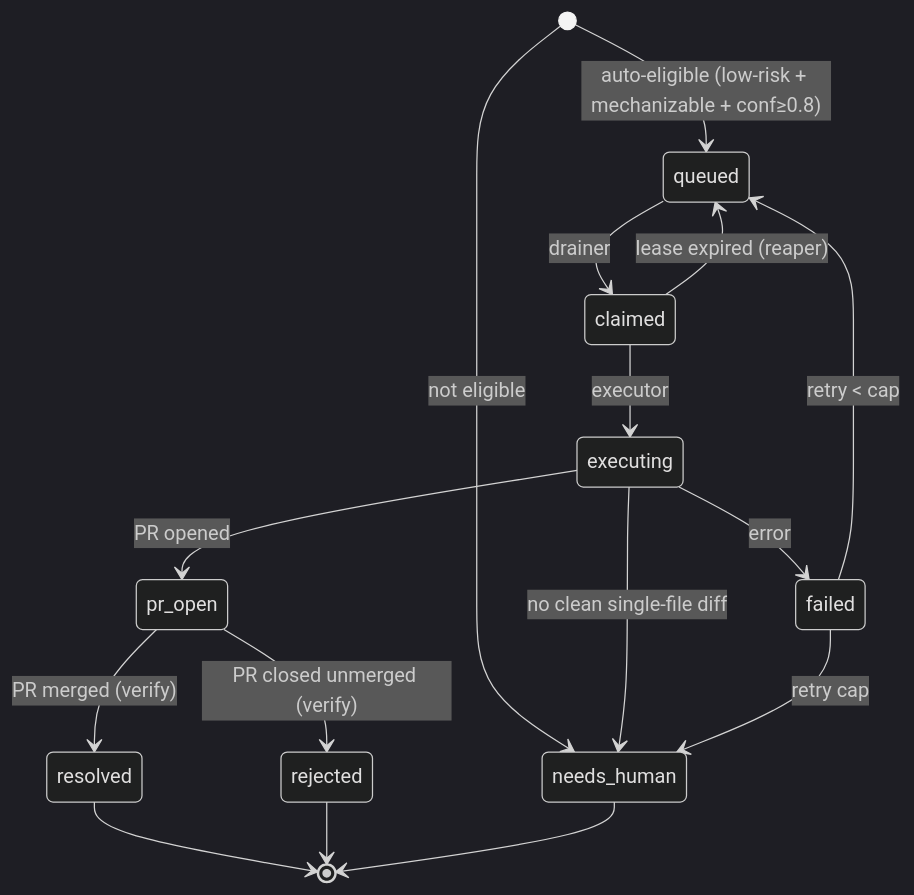
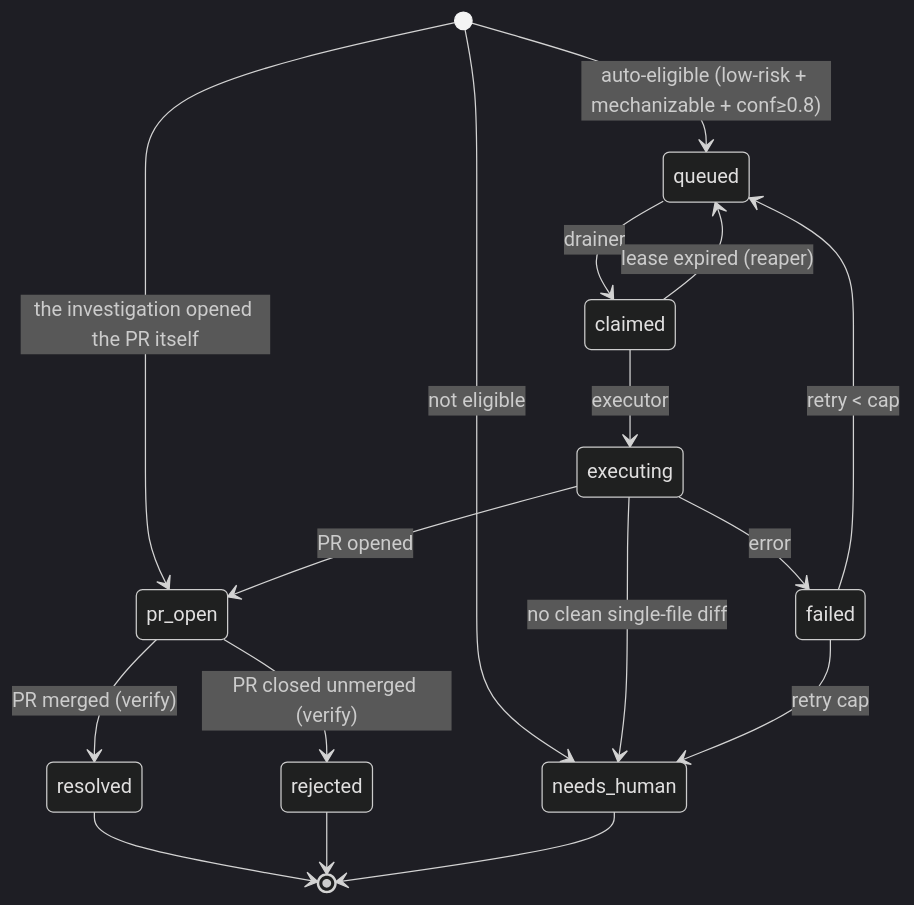
The third of 3 diagrams in docs/REMEDIATION.md (aachtenberg/cfoperator), drawn with Mermaid (dark theme) before and after one commit. The commit also changed other lines of this file and 6 other files, not shown here.

````diff
--- a/docs/REMEDIATION.md
+++ b/docs/REMEDIATION.md
@@ -213,18 +213,19 @@
 ```mermaid
 stateDiagram-v2
   [*] --> queued: auto-eligible (low-risk + mechanizable + conf≥0.8)
   [*] --> needs_human: not eligible
+  [*] --> pr_open: the investigation opened the PR itself
   queued --> claimed: drainer
   claimed --> executing: executor
   executing --> pr_open: PR opened
   executing --> needs_human: no clean single-file diff
   pr_open --> resolved: PR merged (verify)
   pr_open --> rejected: PR closed unmerged (verify)
   executing --> failed: error
   failed --> queued: retry < cap
   failed --> needs_human: retry cap
   claimed --> queued: lease expired (reaper)
   resolved --> [*]
   rejected --> [*]
   needs_human --> [*]
 ```
````
